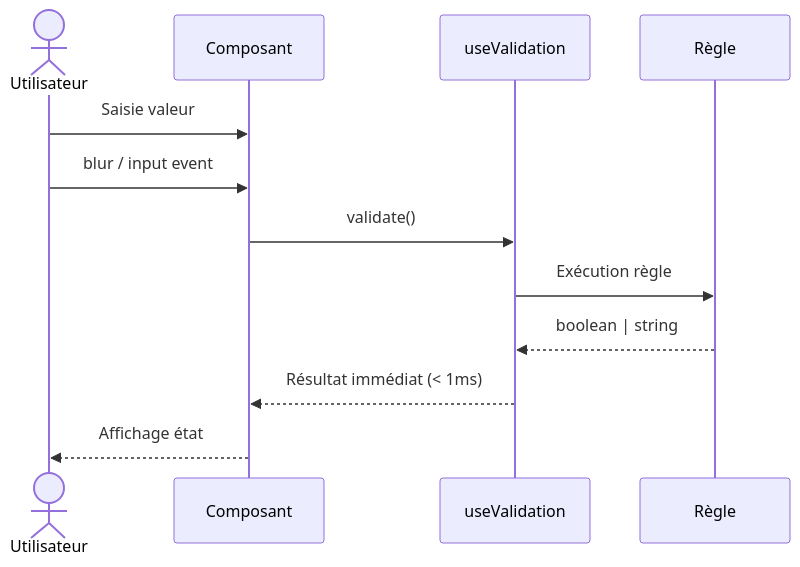
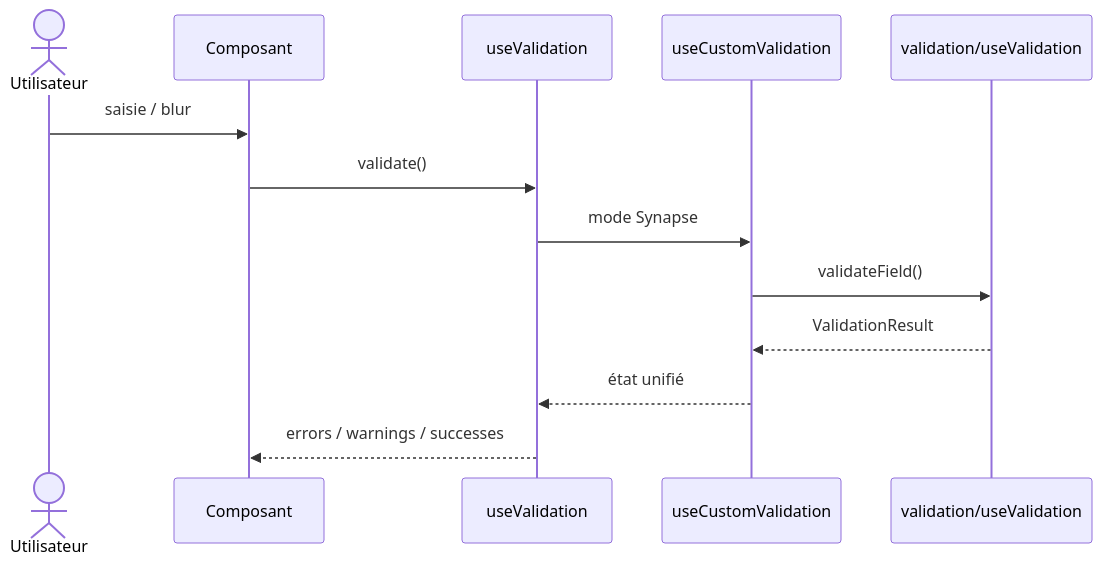
One commit to assurance-maladie-digital/design-system-v3 changed the diagram in doc/Validation/validation-synapse.md. Above: the diagram before and after it, drawn with Mermaid. The commit also changed other lines of this file and 18 other files, not shown here.

````diff
--- a/doc/Validation/validation-synapse.md
+++ b/doc/Validation/validation-synapse.md
@@ -22,15 +35,16 @@
 ```mermaid
 sequenceDiagram
     actor U as Utilisateur
     participant C as Composant
-    participant V as useValidation
-    participant R as Règle
+    participant UV as useValidation
+    participant CV as useCustomValidation
+    participant L as validation/useValidation
 
-    U->>C: Saisie valeur
-    U->>C: blur / input event
-    C->>V: validate()
-    V->>R: Exécution règle
-    R-->>V: boolean | string
-    V-->>C: Résultat immédiat (< 1ms)
-    C-->>U: Affichage état
+    U->>C: saisie / blur
+    C->>UV: validate()
+    UV->>CV: mode Synapse
+    CV->>L: validateField()
+    L-->>CV: ValidationResult
+    CV-->>UV: état unifié
+    UV-->>C: errors / warnings / successes
 ```
````
